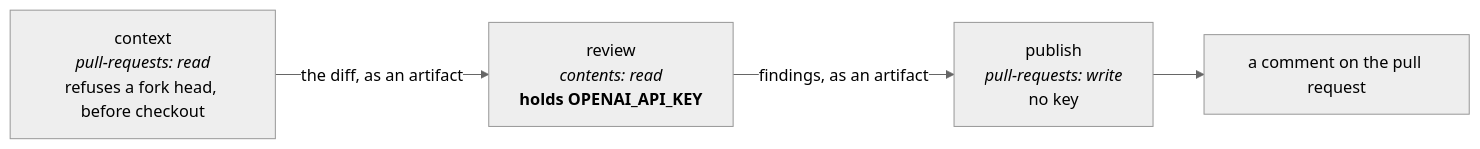
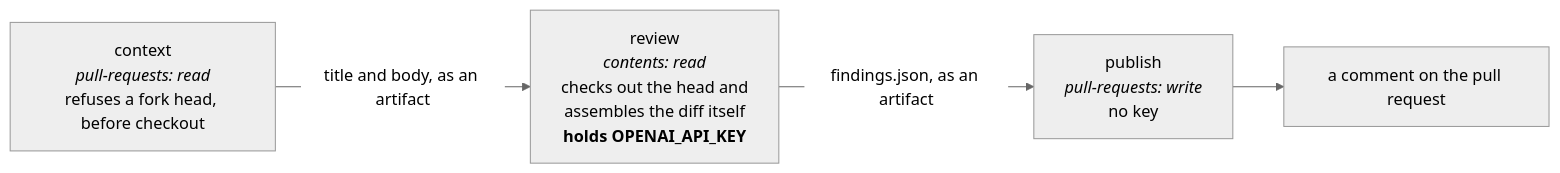
Before and after one commit to vstorm-co/agenticos: the diagram in docs/code-review.md, drawn with Mermaid (neutral theme). The commit also changed other lines of this file and 3 other files, not shown here.

````diff
--- a/docs/code-review.md
+++ b/docs/code-review.md
@@ -101,9 +101,9 @@
 ```mermaid
 flowchart LR
     C["context<br/><i>pull-requests: read</i><br/>refuses a fork head, before checkout"]
-    R["review<br/><i>contents: read</i><br/><b>holds OPENAI_API_KEY</b>"]
+    R["review<br/><i>contents: read</i><br/>checks out the head and<br/>assembles the diff itself<br/><b>holds OPENAI_API_KEY</b>"]
     P["publish<br/><i>pull-requests: write</i><br/>no key"]
-    C -->|the diff, as an artifact| R
-    R -->|findings, as an artifact| P
+    C -->|"title and body, as an artifact"| R
+    R -->|"findings.json, as an artifact"| P
     P --> PR[a comment on the pull request]
 ```
````
